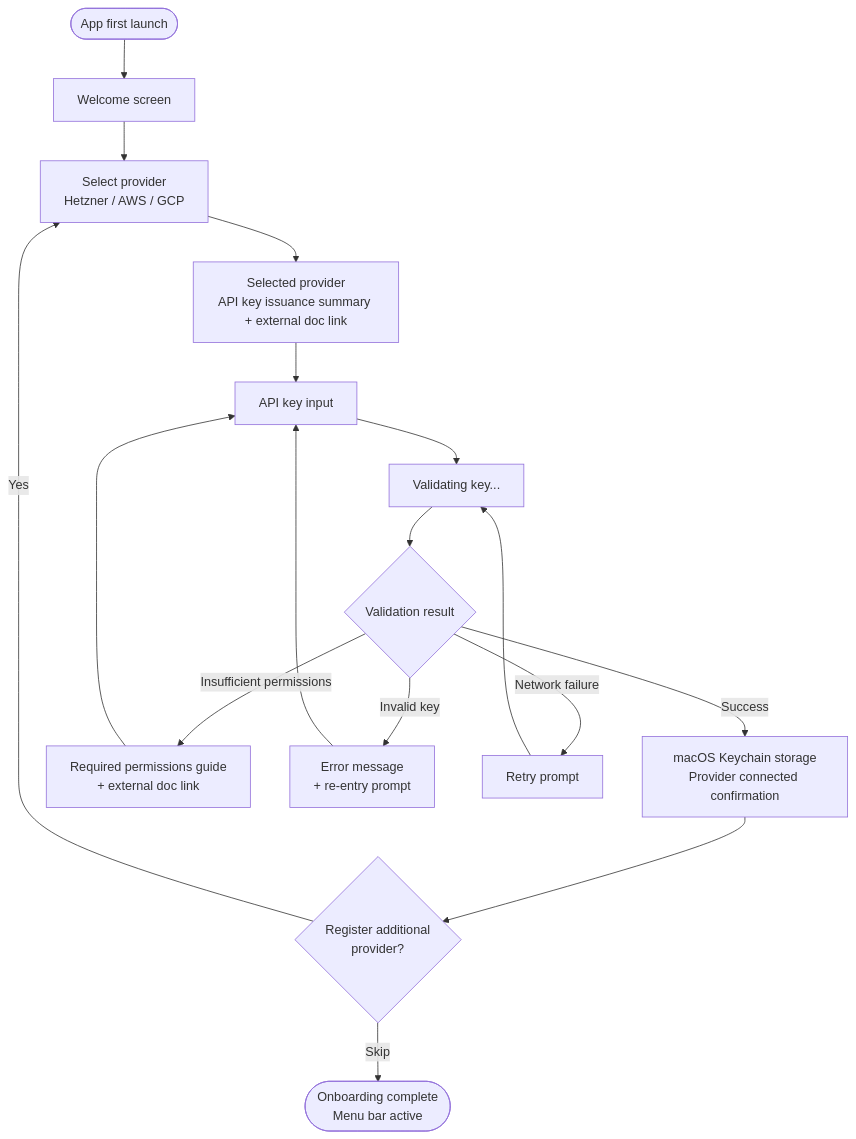
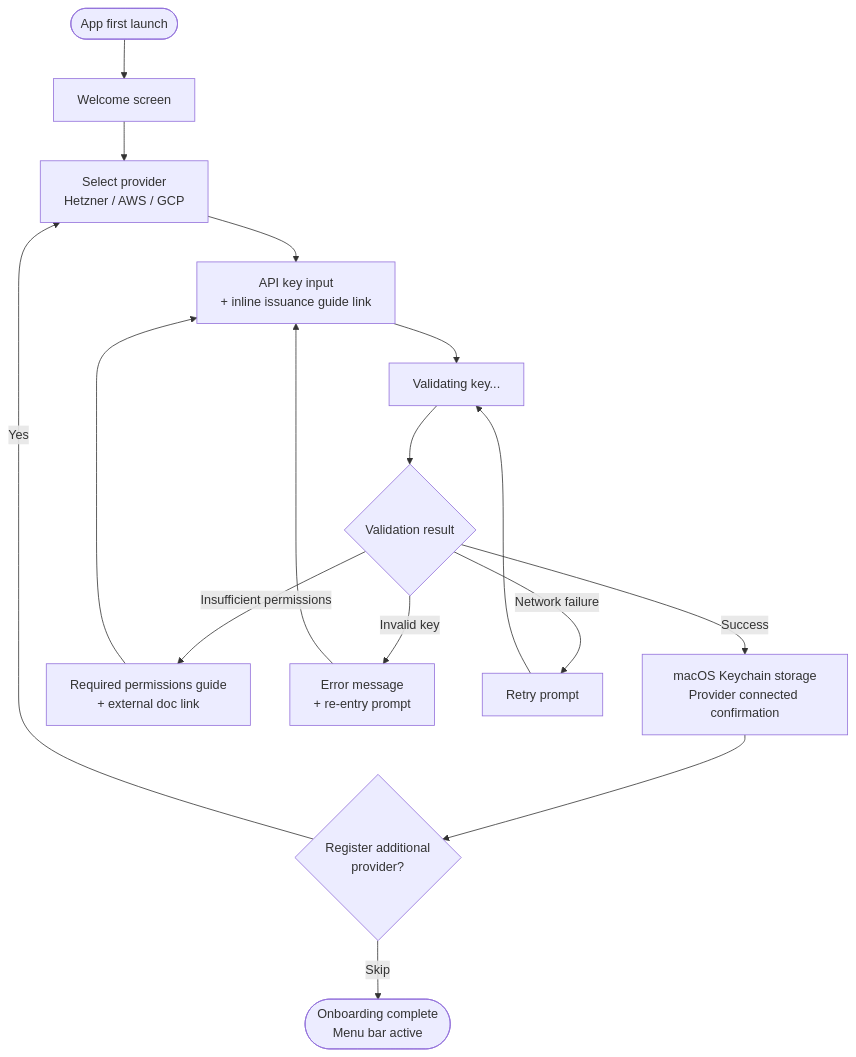
One commit to saemanas/oh-my-vpn changed the first of 4 diagrams in docs/ux-design/2026-03-03-1619-ux-design.md. Above: the diagram before and after it, drawn with Mermaid. The commit also changed other lines of this file and 16 other files, not shown here.

First line of the commit message:
feat(onboarding): add first-run onboarding flow (M6.1) (#62)

````diff
--- a/docs/ux-design/2026-03-03-1619-ux-design.md
+++ b/docs/ux-design/2026-03-03-1619-ux-design.md
@@ -237,19 +237,18 @@
 ```mermaid
 flowchart TD
     Launch([App first launch]) --> Welcome[Welcome screen]
     Welcome --> SelectProvider[Select provider\nHetzner / AWS / GCP]
-    SelectProvider --> Guide[Selected provider\nAPI key issuance summary + external doc link]
-    Guide --> InputKey[API key input]
+    SelectProvider --> InputKey[API key input\n+ inline issuance guide link]
     InputKey --> Validating[Validating key...]
     Validating --> Valid{Validation result}
     Valid -->|Success| Stored[macOS Keychain storage\nProvider connected confirmation]
     Valid -->|Insufficient permissions| PermError[Required permissions guide\n+ external doc link]
     Valid -->|Invalid key| InvalidKey[Error message\n+ re-entry prompt]
     Valid -->|Network failure| NetError[Retry prompt]
     PermError --> InputKey
     InvalidKey --> InputKey
     NetError --> Validating
     Stored --> AddMore{Register additional\nprovider?}
     AddMore -->|Yes| SelectProvider
     AddMore -->|Skip| Complete([Onboarding complete\nMenu bar active])
 ```
````
